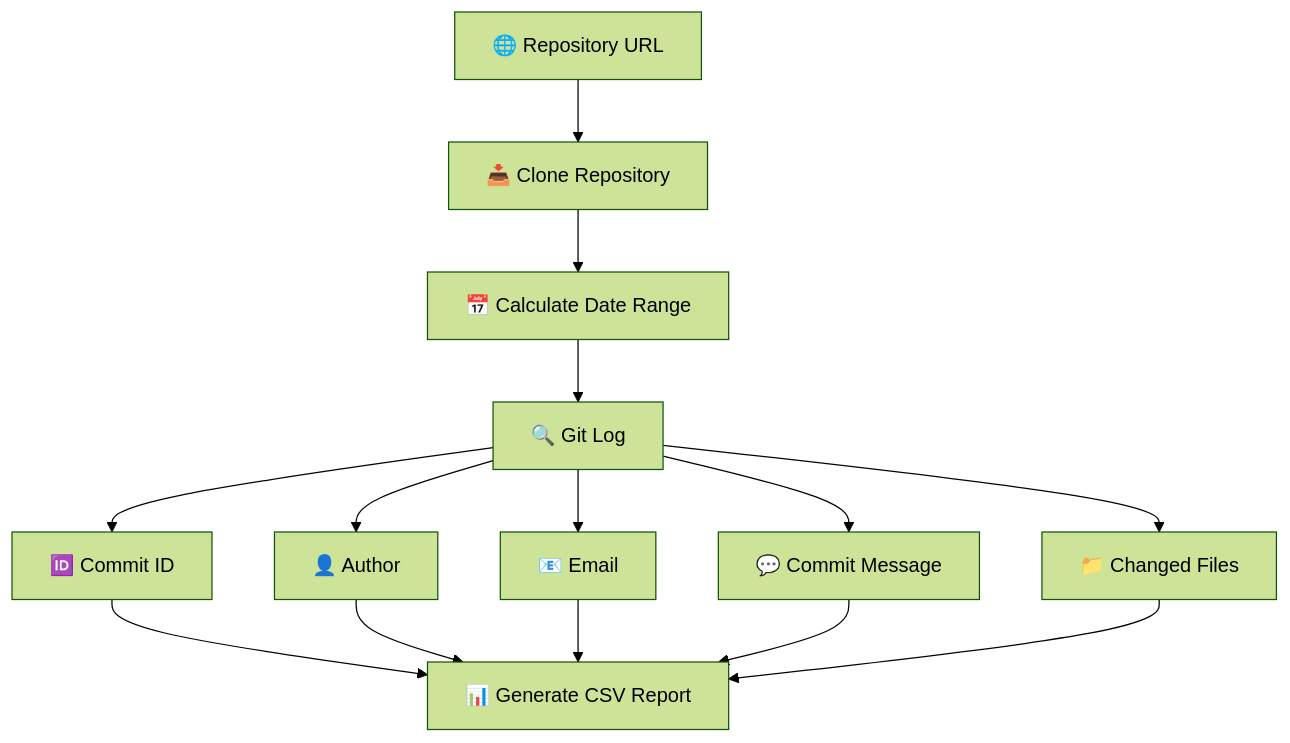
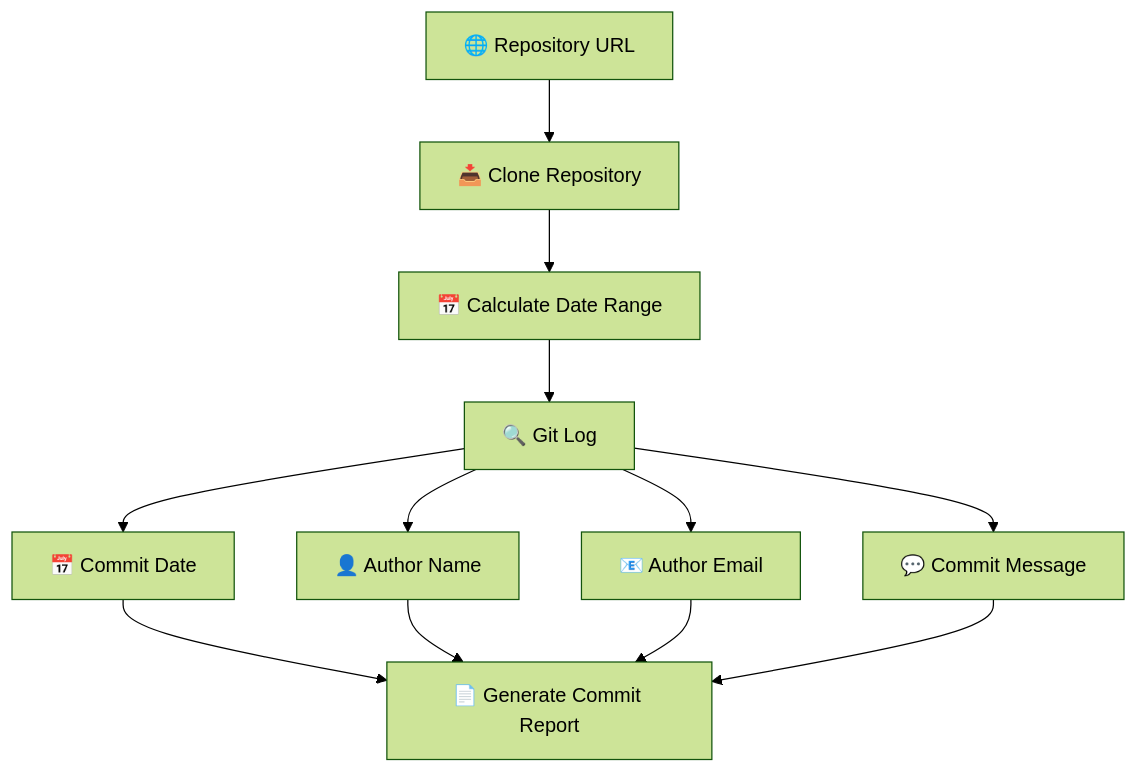
Before and after one commit to tanushi108/Assignment-8_Linux: the third of 3 diagrams in README.md, drawn with Mermaid (forest theme). The commit also changed other lines of this file, not shown here.

````diff
--- a/README.md
+++ b/README.md
@@ -462,16 +455,14 @@
 ```mermaid
 flowchart TD
     A["🌐 Repository URL"] --> B["📥 Clone Repository"]
     B --> C["📅 Calculate Date Range"]
     C --> D["🔍 Git Log"]
-    D --> E["🆔 Commit ID"]
-    D --> F["👤 Author"]
-    D --> G["📧 Email"]
+    D --> E["📅 Commit Date"]
+    D --> F["👤 Author Name"]
+    D --> G["📧 Author Email"]
     D --> H["💬 Commit Message"]
-    D --> I["📁 Changed Files"]
-    E --> J["📊 Generate CSV Report"]
-    F --> J
-    G --> J
-    H --> J
-    I --> J
+    E --> I["📄 Generate Commit Report"]
+    F --> I
+    G --> I
+    H --> I
 ```
````
